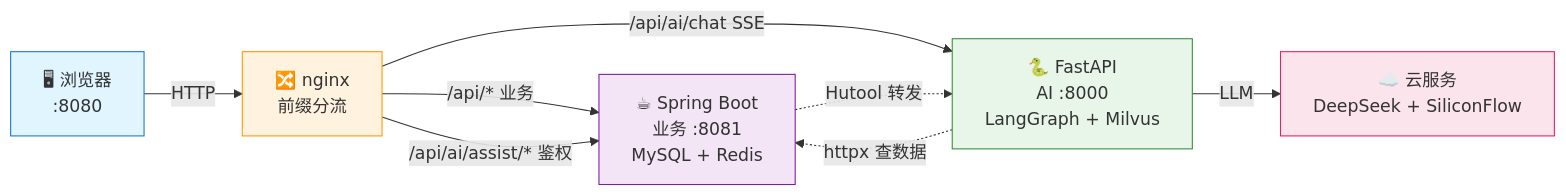
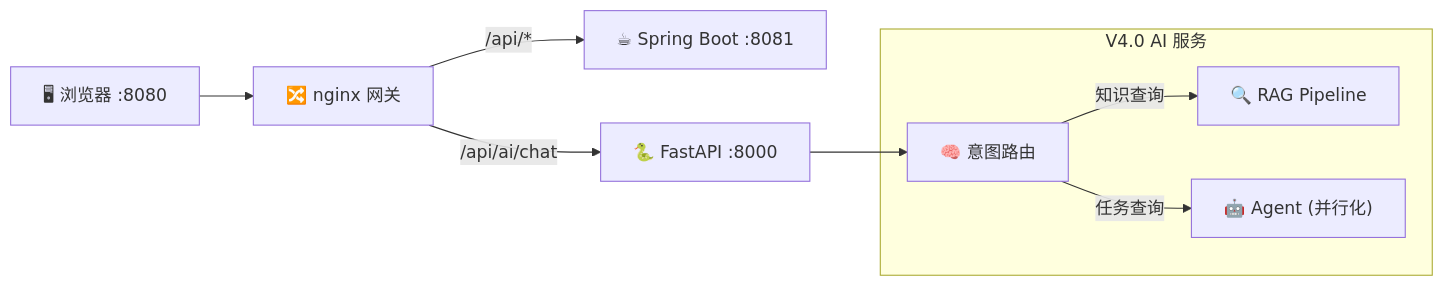
The first of 2 diagrams in README.md (hmzabb/changAn_AI), drawn with Mermaid before and after one commit. The commit also changed other lines of this file and 42 other files, not shown here.

First line of the commit message:
feat: 核心架构四重升级 - V4.0意图路由 + LangChain RAG + 工具缓存 + 并行优化

````diff
--- a/README.md
+++ b/README.md
@@ -113,22 +41,20 @@
 ```mermaid
 graph LR
-    Browser["🖥 浏览器<br/>:8080"]
-    Nginx["🔀 nginx<br/>前缀分流"]
-    Java["☕ Spring Boot<br/>业务 :8081<br/>MySQL + Redis"]
-    Python["🐍 FastAPI<br/>AI :8000<br/>LangGraph + Milvus"]
-    Cloud["☁️ 云服务<br/>DeepSeek + SiliconFlow"]
+    Browser["🖥 浏览器 :8080"]
+    Nginx["🔀 nginx 网关"]
+    Java["☕ Spring Boot :8081"]
+    Python["🐍 FastAPI :8000"]
 
-    Browser -->|"HTTP"| Nginx
-    Nginx -->|"/api/* 业务"| Java
-    Nginx -->|"/api/ai/chat SSE"| Python
-    Nginx -->|"/api/ai/assist/* 鉴权"| Java
-    Python -->|"LLM"| Cloud
-    Python -.->|"httpx 查数据"| Java
-    Java -.->|"Hutool 转发"| Python
+    subgraph Python_AI["V4.0 AI 服务"]
+        IntentRouter["🧠 意图路由"]
+        RAG["🔍 RAG Pipeline"]
+        Agent["🤖 Agent (并行化)"]
+    end
 
-    style Browser fill:#e1f5ff,stroke:#1976D2
-    style Nginx fill:#fff3e0,stroke:#FF9800
-    style Java fill:#f3e5f5,stroke:#7B1FA2
-    style Python fill:#e8f5e9,stroke:#388E3C
-    style Cloud fill:#fce4ec,stroke:#E91E63
+    Browser --> Nginx
+    Nginx -->|"/api/*"| Java
+    Nginx -->|"/api/ai/chat"| Python
+    Python --> IntentRouter
+    IntentRouter -->|"知识查询"| RAG
+    IntentRouter -->|"任务查询"| Agent
 ```
````
